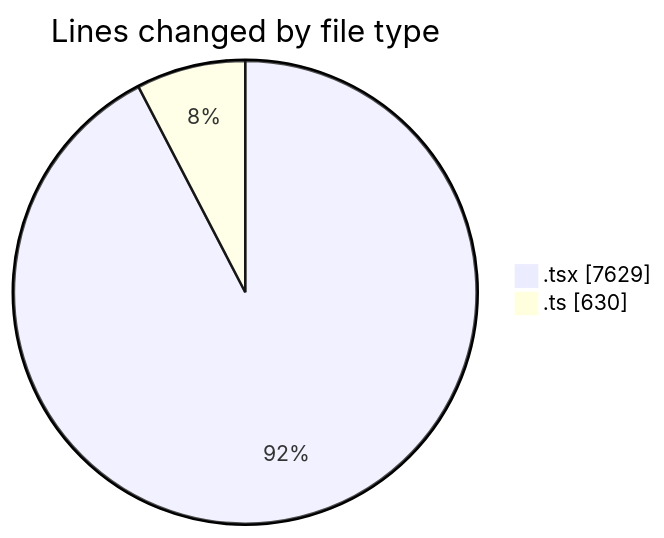
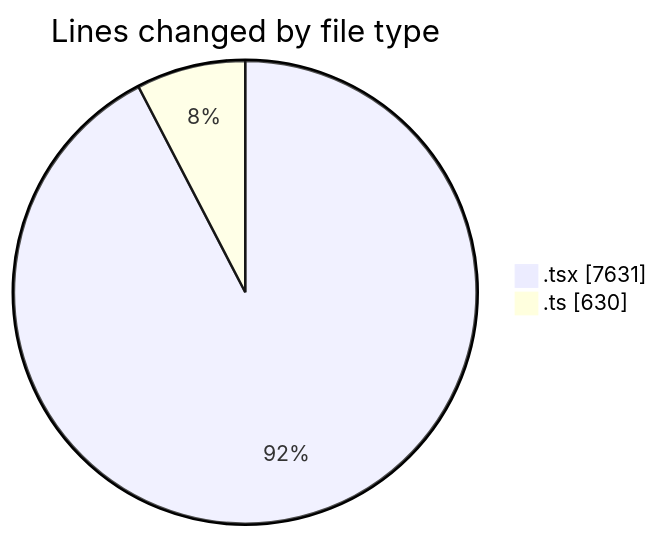
One commit to nxtqubesakshisongat/code-tracking changed the first of 2 diagrams in 2026-08-24/nxtqube_webapp/README.md. Above: the diagram before and after it, drawn with Mermaid. The commit also changed other lines of this file and 1 other file, not shown here.

````diff
--- a/2026-08-24/nxtqube_webapp/README.md
+++ b/2026-08-24/nxtqube_webapp/README.md
@@ -34,6 +34,6 @@
 ```mermaid
 pie showData
 title Lines changed by file type
-".tsx" : 7629
+".tsx" : 7631
 ".ts" : 630
 ```
````
